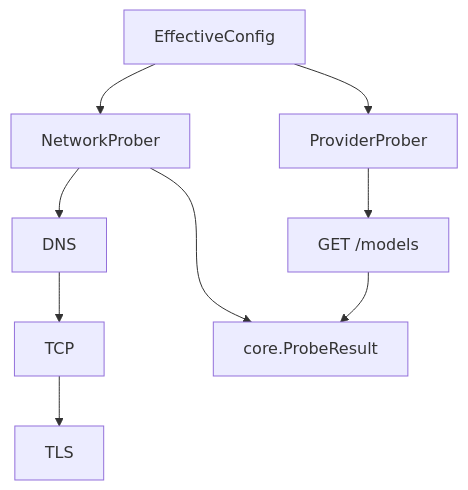
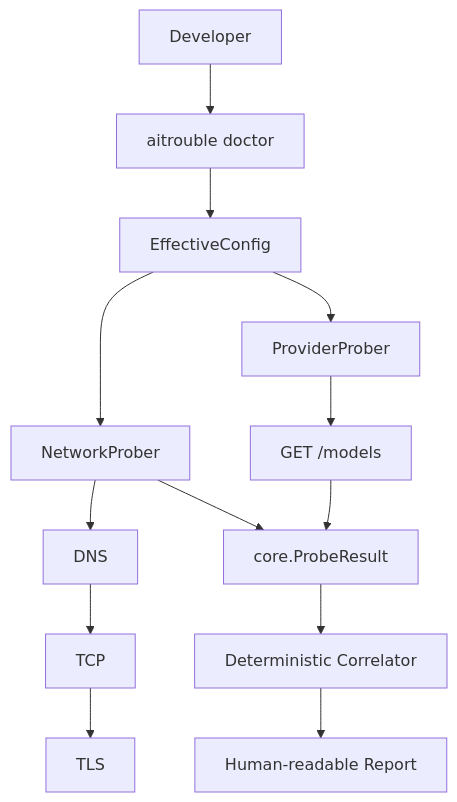
One commit to osmnmlh/aitrouble changed the first of 5 diagrams in docs/architecture.md. Above: the diagram before and after it, drawn with Mermaid. The commit also changed other lines of this file and 9 other files, not shown here.

````diff
--- a/docs/architecture.md
+++ b/docs/architecture.md
@@ -23,25 +27,37 @@
 ```mermaid
 flowchart TD
 
+    U["Developer"]
+    CLI["aitrouble doctor"]
+    
     Config["EffectiveConfig"]
     Core["core.ProbeResult"]
 
     Network["NetworkProber"]
     DNS["DNS"]
     TCP["TCP"]
     TLS["TLS"]
 
     Provider["ProviderProber"]
     Models["GET /models"]
+    
+    Engine["Deterministic Correlator"]
+    Output["Human-readable Report"]
+
+    U --> CLI
+    CLI --> Config
 
     Config --> Network
     Config --> Provider
 
     Network --> DNS
     DNS --> TCP
     TCP --> TLS
 
     Network --> Core
     Provider --> Models
     Models --> Core
+    
+    Core --> Engine
+    Engine --> Output
 ```
````
